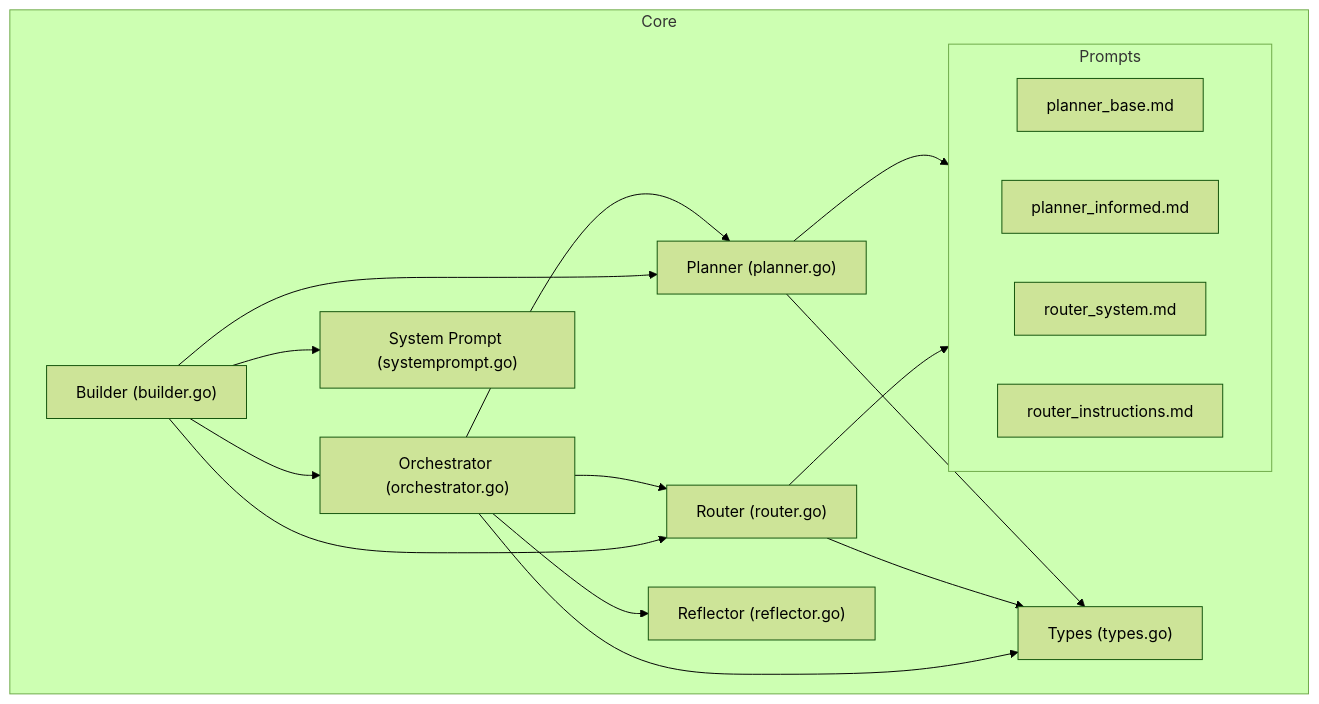
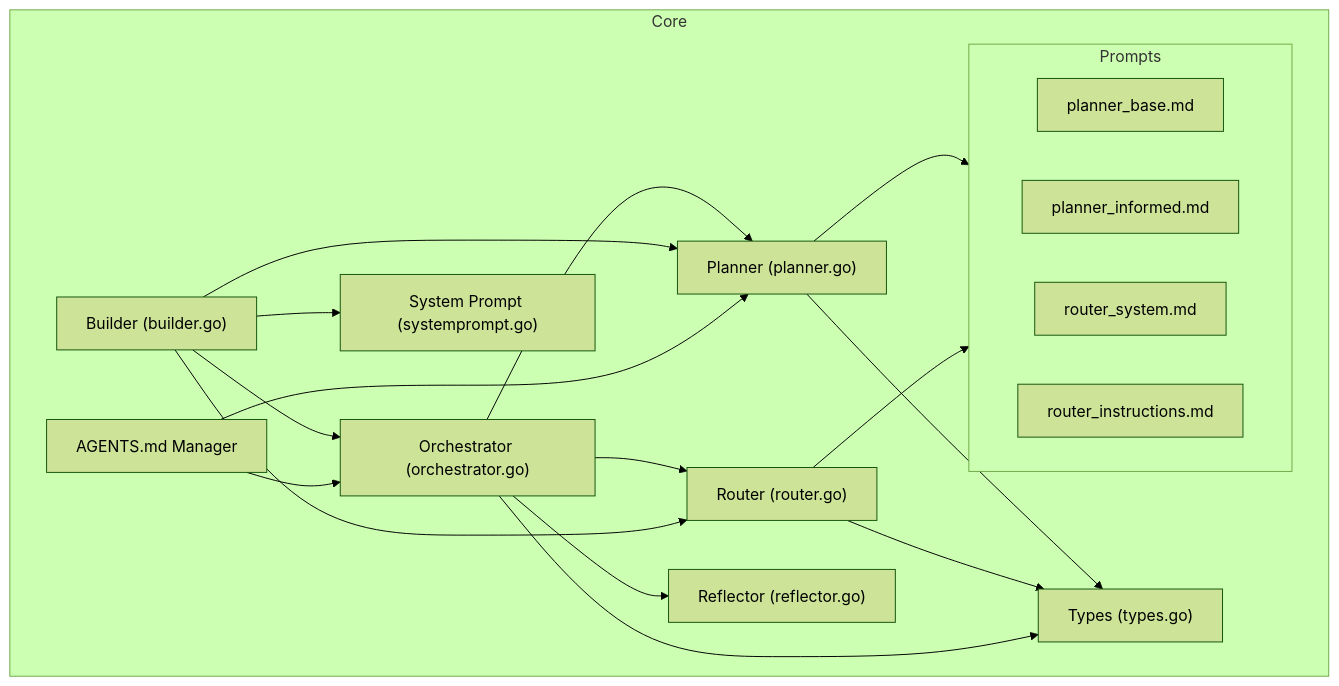
The first of 10 diagrams in .qoder/repowiki/en/content/Core AI Engine/Planner System.md (v0lka/c0wrk), drawn with Mermaid (forest theme) before and after one commit. The commit also changed other lines of this file and 80 other files, not shown here.

````diff
--- a/.qoder/repowiki/en/content/Core AI Engine/Planner System.md
+++ b/.qoder/repowiki/en/content/Core AI Engine/Planner System.md
@@ -50,31 +62,34 @@
 ```mermaid
 graph TB
 subgraph "Core"
 Planner["Planner (planner.go)"]
 Router["Router (router.go)"]
 Orchestrator["Orchestrator (orchestrator.go)"]
 Prompts["Prompts (prompts.go)"]
 Types["Types (types.go)"]
 Builder["Builder (builder.go)"]
 SysPrompt["System Prompt (systemprompt.go)"]
 Reflector["Reflector (reflector.go)"]
+AgentsMD["AGENTS.md Manager"]
 end
 subgraph "Prompts"
 PB["planner_base.md"]
 PI["planner_informed.md"]
 RS["router_system.md"]
 RI["router_instructions.md"]
 end
 Orchestrator --> Router
 Orchestrator --> Planner
 Planner --> Prompts
 Router --> Prompts
 Builder --> Orchestrator
 Builder --> Planner
 Builder --> Router
 Builder --> SysPrompt
 Orchestrator --> Reflector
 Planner --> Types
 Router --> Types
 Orchestrator --> Types
+AgentsMD --> Planner
+AgentsMD --> Orchestrator
 ```
````
